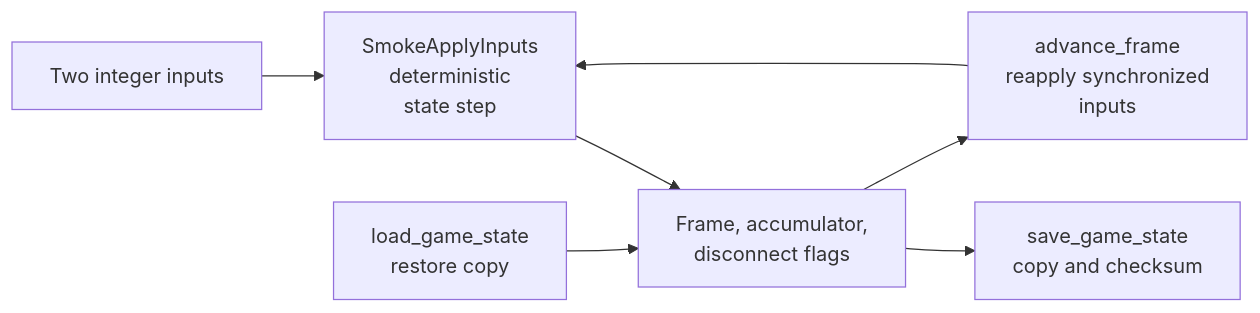
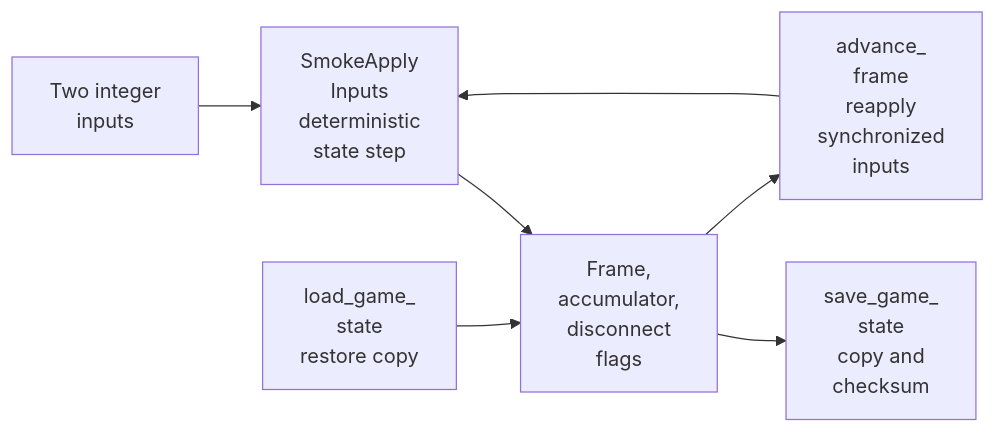
One commit to irregularthanis/ggpo-next changed the second of 3 diagrams in doc/architecture/Testing.md. Above: the diagram before and after it, drawn with Mermaid. The commit also changed other lines of this file, not shown here.

Commit message:
docs: tighten Testing diagram wrapping

````diff
--- a/doc/architecture/Testing.md
+++ b/doc/architecture/Testing.md
@@ -98,14 +98,14 @@
 ```mermaid
 flowchart LR
-    Inputs["Two integer inputs"]
-    Step["SmokeApplyInputs<br/>deterministic<br/>state step"]
-    State["Frame, accumulator,<br/>disconnect flags"]
-    Save["save_game_state<br/>copy and checksum"]
-    Load["load_game_state<br/>restore copy"]
-    Replay["advance_frame<br/>reapply synchronized<br/>inputs"]
+    Inputs["Two integer<br/>inputs"]
+    Step["SmokeApply<br/>Inputs<br/>deterministic<br/>state step"]
+    State["Frame,<br/>accumulator,<br/>disconnect<br/>flags"]
+    Save["save_game_<br/>state<br/>copy and<br/>checksum"]
+    Load["load_game_<br/>state<br/>restore copy"]
+    Replay["advance_<br/>frame<br/>reapply<br/>synchronized<br/>inputs"]
 
     Inputs --> Step --> State
     State --> Save
     Load --> State
     State --> Replay --> Step
 ```
````
